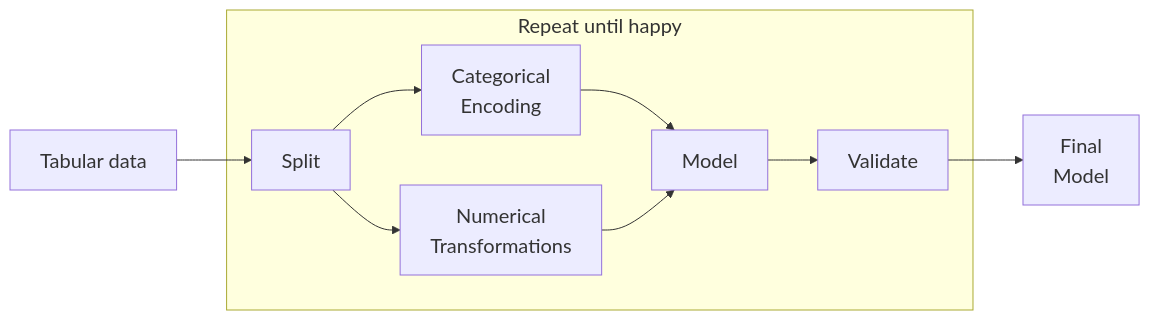
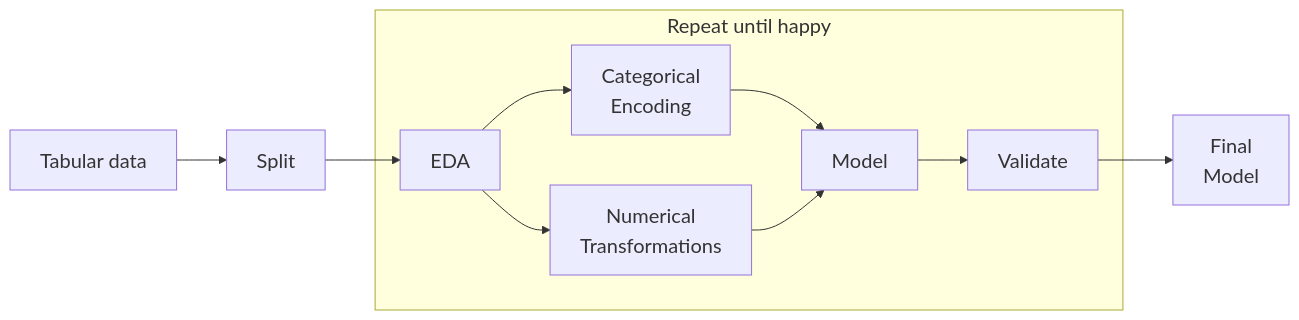
The diagram in img/06-thusfar.mmd (mru-data3464/f26), drawn with Mermaid before and after one commit. The commit also changed 1 other file, not shown here.

Commit message:
Fixing process flowchart

```diff
--- a/img/06-thusfar.mmd
+++ b/img/06-thusfar.mmd
@@ -1,16 +1,17 @@
 ---
 config:
   themeVariables:
     fontSize: 20px
 ---
 
 flowchart LR
     A[Tabular data] --> B[Split]
+    B --> B2[EDA]
     subgraph Repeat until happy
-        B --> C[Categorical\nEncoding]
-        B --> D[Numerical\nTransformations]
+        B2 --> C[Categorical\nEncoding]
+        B2 --> D[Numerical\nTransformations]
         C --> E[Model]
         D --> E[Model]
         E --> F[Validate]
     end
     F --> G[Final\nModel]
```
